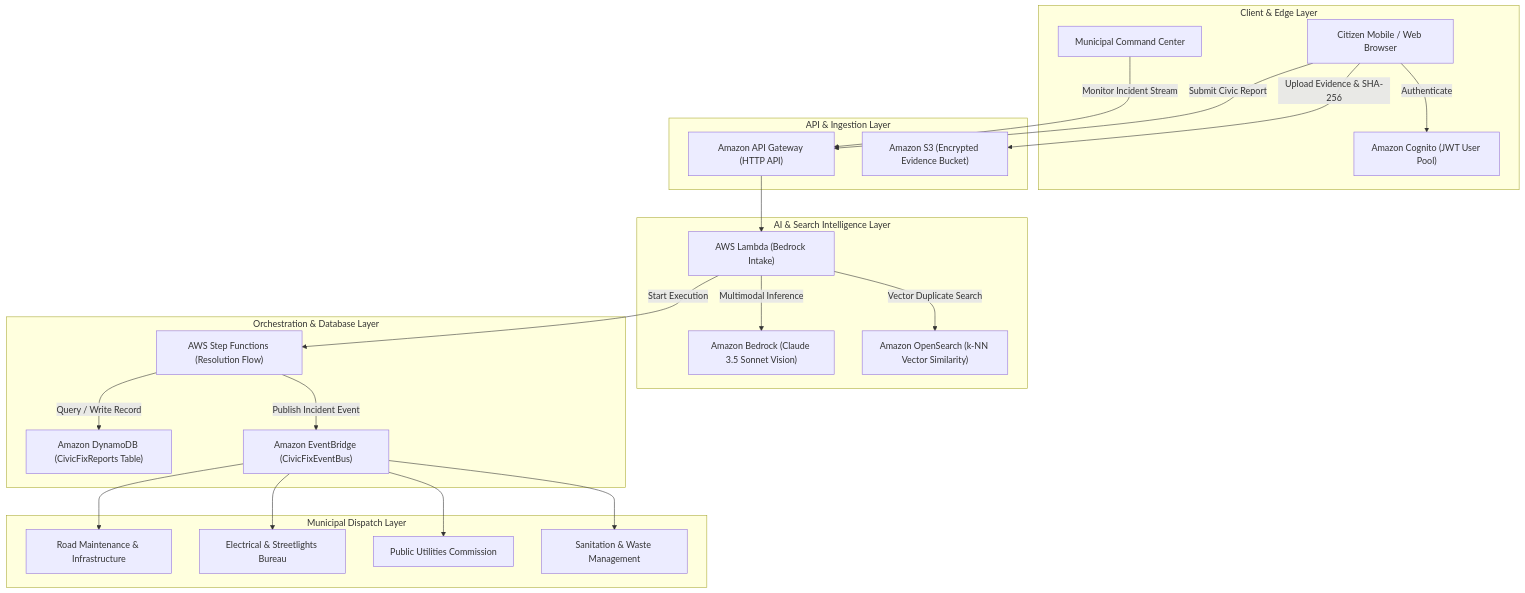
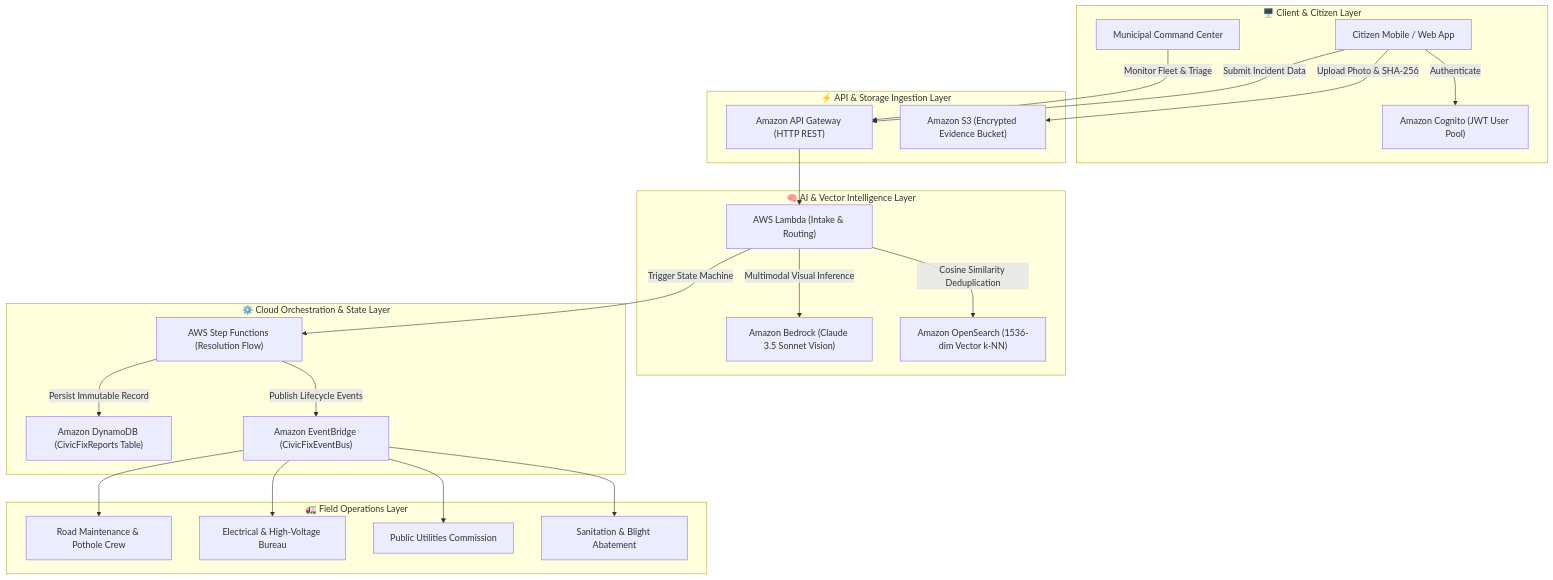
Before and after one commit to exepngsam/Civicfix-ai: the diagram in README.md, drawn with Mermaid. The commit also changed other lines of this file and 1 other file, not shown here.

Commit message:
docs: add animated README with architecture diagrams, badges, and demo script

````diff
--- a/README.md
+++ b/README.md
@@ -29,49 +108,49 @@
 ```mermaid
 flowchart TB
-    subgraph ClientLayer ["Client & Edge Layer"]
-        User["Citizen Mobile / Web Browser"]
+    subgraph ClientLayer ["🖥️ Client & Citizen Layer"]
+        User["Citizen Mobile / Web App"]
         Admin["Municipal Command Center"]
         Cognito["Amazon Cognito (JWT User Pool)"]
     end
 
-    subgraph IngestionLayer ["API & Ingestion Layer"]
-        HttpApi["Amazon API Gateway (HTTP API)"]
+    subgraph IngestionLayer ["⚡ API & Storage Ingestion Layer"]
+        HttpApi["Amazon API Gateway (HTTP REST)"]
         S3Bucket["Amazon S3 (Encrypted Evidence Bucket)"]
     end
 
-    subgraph IntelligenceLayer ["AI & Search Intelligence Layer"]
-        LambdaAI["AWS Lambda (Bedrock Intake)"]
+    subgraph IntelligenceLayer ["🧠 AI & Vector Intelligence Layer"]
+        LambdaAI["AWS Lambda (Intake & Routing)"]
         Bedrock["Amazon Bedrock (Claude 3.5 Sonnet Vision)"]
-        OpenSearch["Amazon OpenSearch (k-NN Vector Similarity)"]
+        OpenSearch["Amazon OpenSearch (1536-dim Vector k-NN)"]
     end
 
-    subgraph OrchestrationLayer ["Orchestration & Database Layer"]
+    subgraph OrchestrationLayer ["⚙️ Cloud Orchestration & State Layer"]
         StepFunctions["AWS Step Functions (Resolution Flow)"]
         DynamoDB["Amazon DynamoDB (CivicFixReports Table)"]
         EventBridge["Amazon EventBridge (CivicFixEventBus)"]
     end
 
-    subgraph DepartmentLayer ["Municipal Dispatch Layer"]
-        Roads["Road Maintenance & Infrastructure"]
-        Power["Electrical & Streetlights Bureau"]
+    subgraph MunicipalLayer ["🚛 Field Operations Layer"]
+        Roads["Road Maintenance & Pothole Crew"]
+        Power["Electrical & High-Voltage Bureau"]
         Water["Public Utilities Commission"]
-        Sanitation["Sanitation & Waste Management"]
+        Sanitation["Sanitation & Blight Abatement"]
     end
 
     User -->|Authenticate| Cognito
-    User -->|Upload Evidence & SHA-256| S3Bucket
-    User -->|Submit Civic Report| HttpApi
-    Admin -->|Monitor Incident Stream| HttpApi
+    User -->|Upload Photo & SHA-256| S3Bucket
+    User -->|Submit Incident Data| HttpApi
+    Admin -->|Monitor Fleet & Triage| HttpApi
 
     HttpApi --> LambdaAI
-    LambdaAI -->|Multimodal Inference| Bedrock
-    LambdaAI -->|Vector Duplicate Search| OpenSearch
-    LambdaAI -->|Start Execution| StepFunctions
+    LambdaAI -->|Multimodal Visual Inference| Bedrock
+    LambdaAI -->|Cosine Similarity Deduplication| OpenSearch
+    LambdaAI -->|Trigger State Machine| StepFunctions
 
-    StepFunctions -->|Query / Write Record| DynamoDB
-    StepFunctions -->|Publish Incident Event| EventBridge
+    StepFunctions -->|Persist Immutable Record| DynamoDB
+    StepFunctions -->|Publish Lifecycle Events| EventBridge
     EventBridge --> Roads
     EventBridge --> Power
     EventBridge --> Water
     EventBridge --> Sanitation
 ```
````
